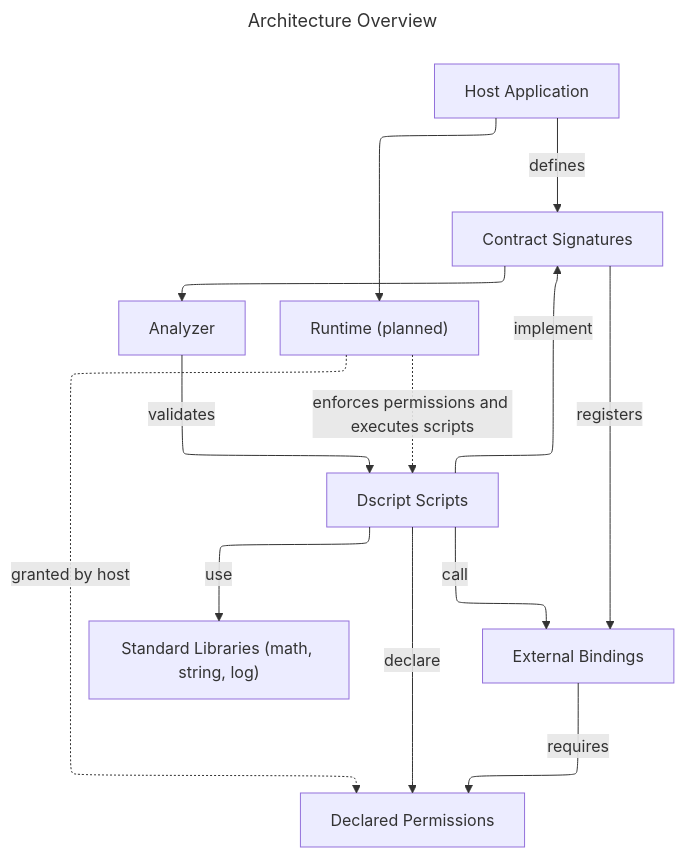
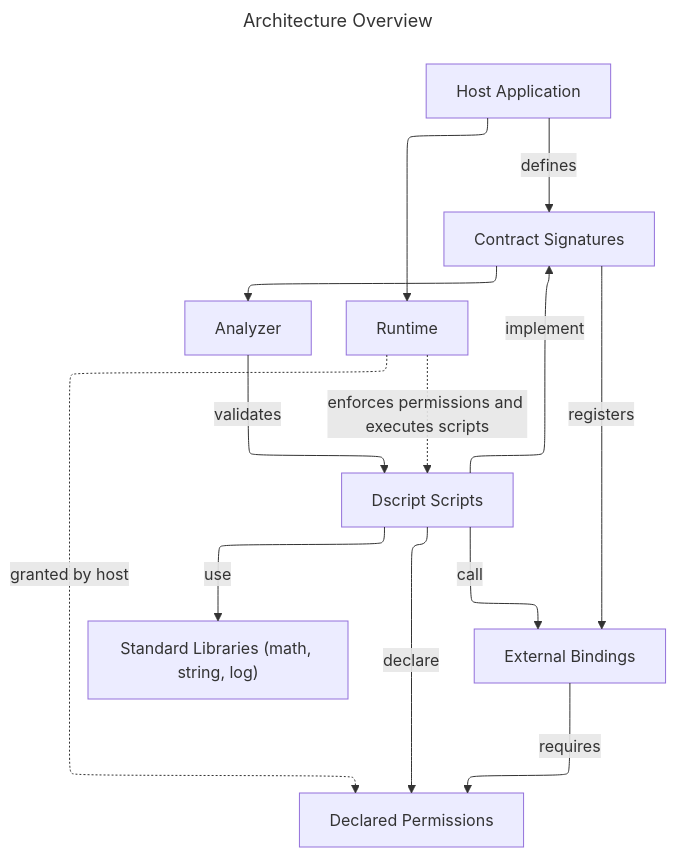
One commit to mcquenji/dscript changed the diagram in docs/README.md. Above: the diagram before and after it, drawn with Mermaid. The commit also changed other lines of this file and 9 other files, not shown here.

````diff
--- a/docs/README.md
+++ b/docs/README.md
@@ -7,28 +7,28 @@
 ```mermaid
 ---
 title: Architecture Overview
 ---
 flowchart-elk TD
     Host[Host Application]
     Contracts[Contract Signatures]
     Analyzer[Analyzer]
     Scripts["Dscript Scripts"]
     Stdlib["Standard Libraries (math, string, log)"]
     External[External Bindings]
     Permissions["Declared Permissions"]
-    Runtime["Runtime (planned)"]
+    Runtime["Runtime"]
 
     Host -->|defines| Contracts
     Contracts --> Analyzer
     Contracts -->|registers| External
     Scripts -->|implement| Contracts
     Analyzer -->|validates| Scripts
     Scripts -->|use| Stdlib
     Scripts -->|declare| Permissions
     External -->|requires| Permissions
     Scripts -->|call| External
     Runtime -.->|enforces permissions and executes scripts| Scripts
     Runtime -.->|granted by host| Permissions
     Host --> Runtime
 
 ```
````
